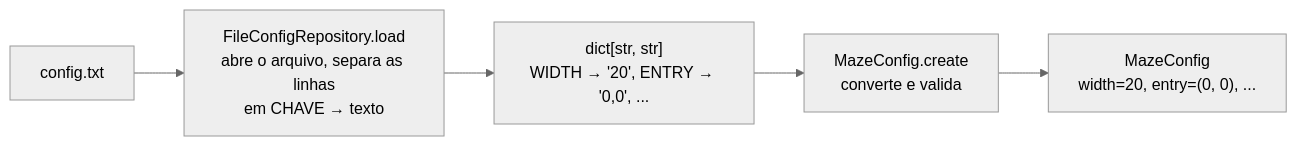
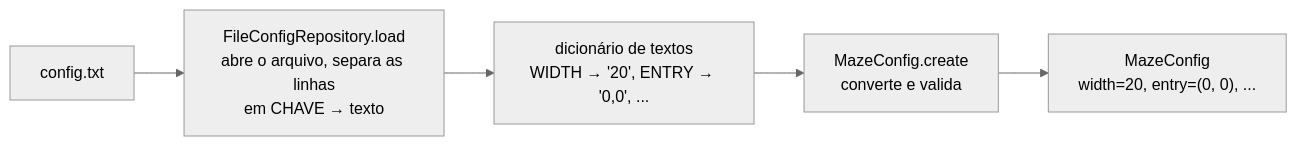
Before and after one commit to navegar-sistemas/dojo: the diagram in python/a-maze-ing/tutorial/docs/11-configuracao/01-o-value-object-maze-config.md, drawn with Mermaid (neutral theme). The commit also changed other lines of this file and 205 other files, not shown here.

````diff
--- a/python/a-maze-ing/tutorial/docs/11-configuracao/01-o-value-object-maze-config.md
+++ b/python/a-maze-ing/tutorial/docs/11-configuracao/01-o-value-object-maze-config.md
@@ -10,10 +33,10 @@
 ```mermaid
 flowchart LR
     file["config.txt"]
     repo["FileConfigRepository.load<br/>abre o arquivo, separa as linhas<br/>em CHAVE → texto"]
-    raw["dict[str, str]<br/>WIDTH → '20', ENTRY → '0,0', ..."]
+    raw["dicionário de textos<br/>WIDTH → '20', ENTRY → '0,0', ..."]
     create["MazeConfig.create<br/>converte e valida"]
     config["MazeConfig<br/>width=20, entry=(0, 0), ..."]
 
     file --> repo --> raw --> create --> config
 ```
````
